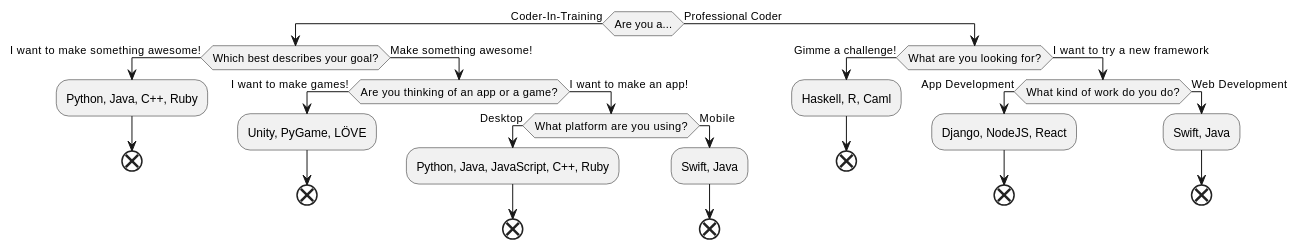
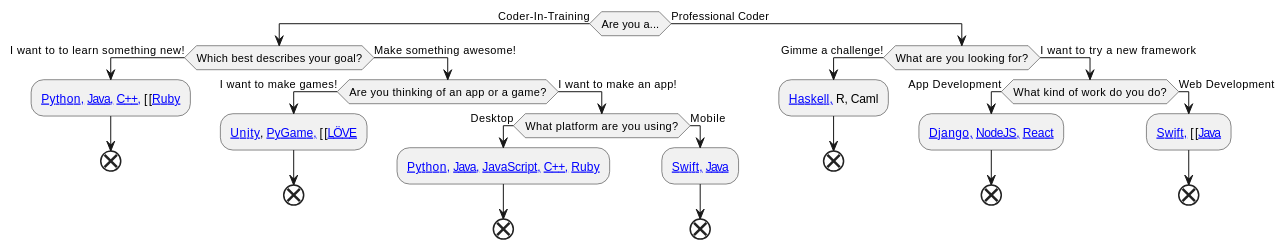
One commit to LearnTeachCode/code-coffee-compendium changed the diagram in discussions.adoc. Above: the diagram before and after it, drawn with PlantUML. The commit also changed other lines of this file and 6 other files, not shown here.

```diff
--- a/discussions.adoc
+++ b/discussions.adoc
@@ -19,39 +20,39 @@
 [plantuml, languages, svg]
 .....
 @startuml
 
 if (Are you a...) then (Coder-In-Training)
-  if (Which best describes your goal?) then (I want to make something awesome!)
-    :Python, Java, C++, Ruby;
+  if (Which best describes your goal?) then (I want to to learn something new!)
+    :[[https://learnteachcode.org/code-coffee-compendium/references.html#python Python,]] [[https://learnteachcode.org/code-coffee-compendium/references.html#java Java,]] [[https://learnteachcode.org/code-coffee-compendium/references.html#cplusplus C++,]] [[[[https://learnteachcode.org/code-coffee-compendium/references.html#ruby Ruby]];
     end
   else (Make something awesome!)
     if (Are you thinking of an app or a game?) then (I want to make games!)
-      :Unity, PyGame, LÖVE;
+      :[[https://learnteachcode.org/code-coffee-compendium/references.html#unity Unity]], [[https://learnteachcode.org/code-coffee-compendium/references.html#pygame PyGame,]] [[[[https://learnteachcode.org/code-coffee-compendium/references.html#love LÖVE]];
       end
     else (I want to make an app!)
       if (What platform are you using?) then (Desktop)
-        :Python, Java, JavaScript, C++, Ruby;
+        :[[https://learnteachcode.org/code-coffee-compendium/references.html#python Python,]] [[https://learnteachcode.org/code-coffee-compendium/references.html#java Java,]] [[https://learnteachcode.org/code-coffee-compendium/references.html#javascript JavaScript,]] [[https://learnteachcode.org/code-coffee-compendium/references.html#cplusplus C++,]] [[https://learnteachcode.org/code-coffee-compendium/references.html#ruby Ruby]];
         end
       else (Mobile)
-        :Swift, Java;
+        :[[https://learnteachcode.org/code-coffee-compendium/references.html#swift Swift,]] [[https://learnteachcode.org/code-coffee-compendium/references.html#java Java]];
         end
       endif
     endif
   endif 
 else (Professional Coder)
   if (What are you looking for?) then (Gimme a challenge!)
-    :Haskell, R, Caml;
+    :[[https://learnteachcode.org/code-coffee-compendium/references.html#haskell Haskell,]] R, Caml;
     end
   else (I want to try a new framework)
     if (What kind of work do you do?) then (App Development)
-      :Django, NodeJS, React;
+      :[[https://learnteachcode.org/code-coffee-compendium/references.html#django Django,]] [[https://learnteachcode.org/code-coffee-compendium/references.html#nodejs NodeJS,]] [[https://learnteachcode.org/code-coffee-compendium/references.html#react React]];
       end 
     else (Web Development)
-      :Swift, Java;
+      :[[https://learnteachcode.org/code-coffee-compendium/references.html#swift Swift,]] [[[[https://learnteachcode.org/code-coffee-compendium/references.html#java Java]];
       end
     endif
   endif
 endif
 
 @enduml
 .....
```
